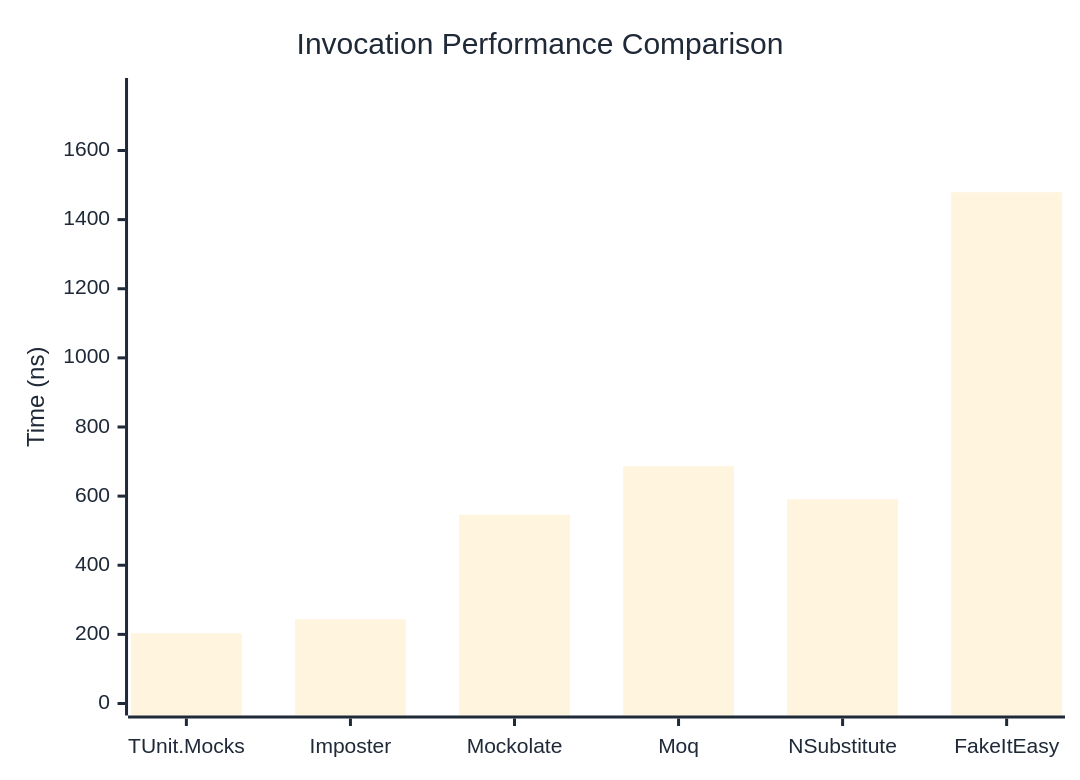
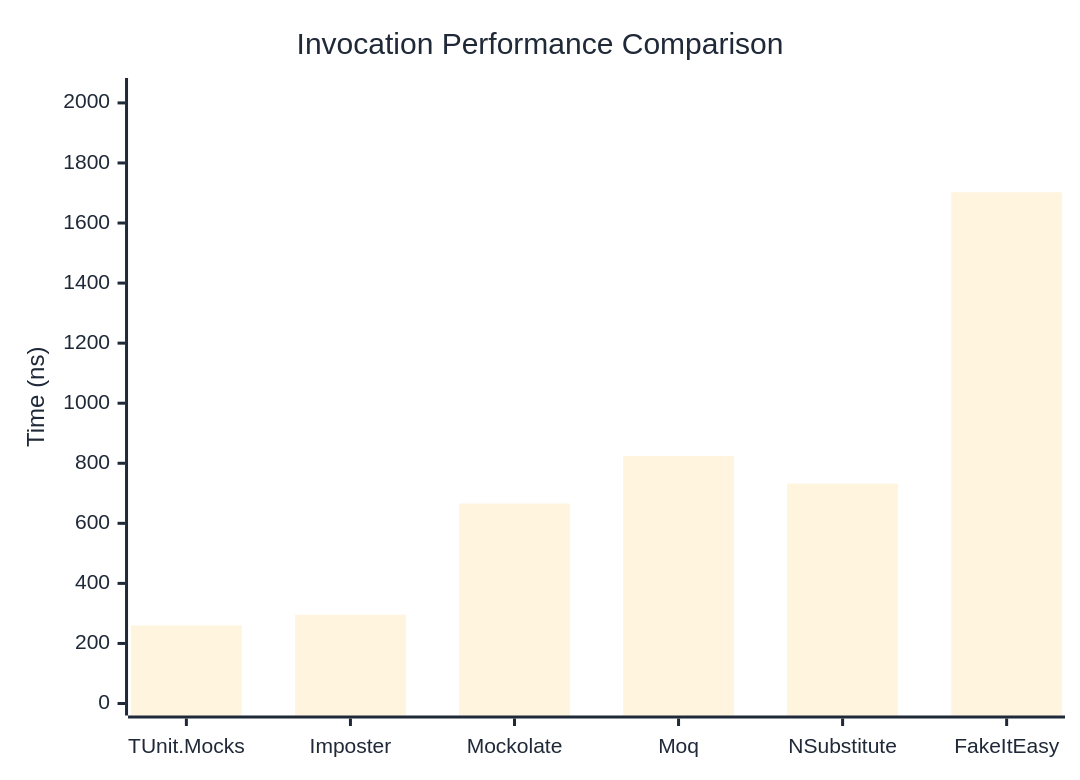
Before and after one commit to thomhurst/TUnit: the first of 3 diagrams in docs/docs/benchmarks/mocks/Invocation.md, drawn with Mermaid. The commit also changed other lines of this file and 14 other files, not shown here.

````diff
--- a/docs/docs/benchmarks/mocks/Invocation.md
+++ b/docs/docs/benchmarks/mocks/Invocation.md
@@ -28,27 +28,27 @@
 ```mermaid
 %%{init: {
   'theme':'base',
   'themeVariables': {
     'primaryColor': '#2563eb',
     'primaryTextColor': '#1f2937',
     'primaryBorderColor': '#1e40af',
     'lineColor': '#6b7280',
     'secondaryColor': '#7c3aed',
     'tertiaryColor': '#dc2626',
     'background': '#ffffff',
     'pie1': '#2563eb',
     'pie2': '#7c3aed',
     'pie3': '#dc2626',
     'pie4': '#f59e0b',
     'pie5': '#10b981',
     'pie6': '#06b6d4',
     'pie7': '#ec4899',
     'pie8': '#6366f1'
   }
 }}%%
 xychart-beta
   title "Invocation Performance Comparison"
   x-axis ["TUnit.Mocks", "Imposter", "Mockolate", "Moq", "NSubstitute", "FakeItEasy"]
-  y-axis "Time (ns)" 0 --> 1775
-  bar [203, 243.4, 546.3, 686.5, 590.7, 1479.1]
+  y-axis "Time (ns)" 0 --> 2043
+  bar [260, 295.4, 665.8, 824, 732.1, 1702.5]
 ```
````
